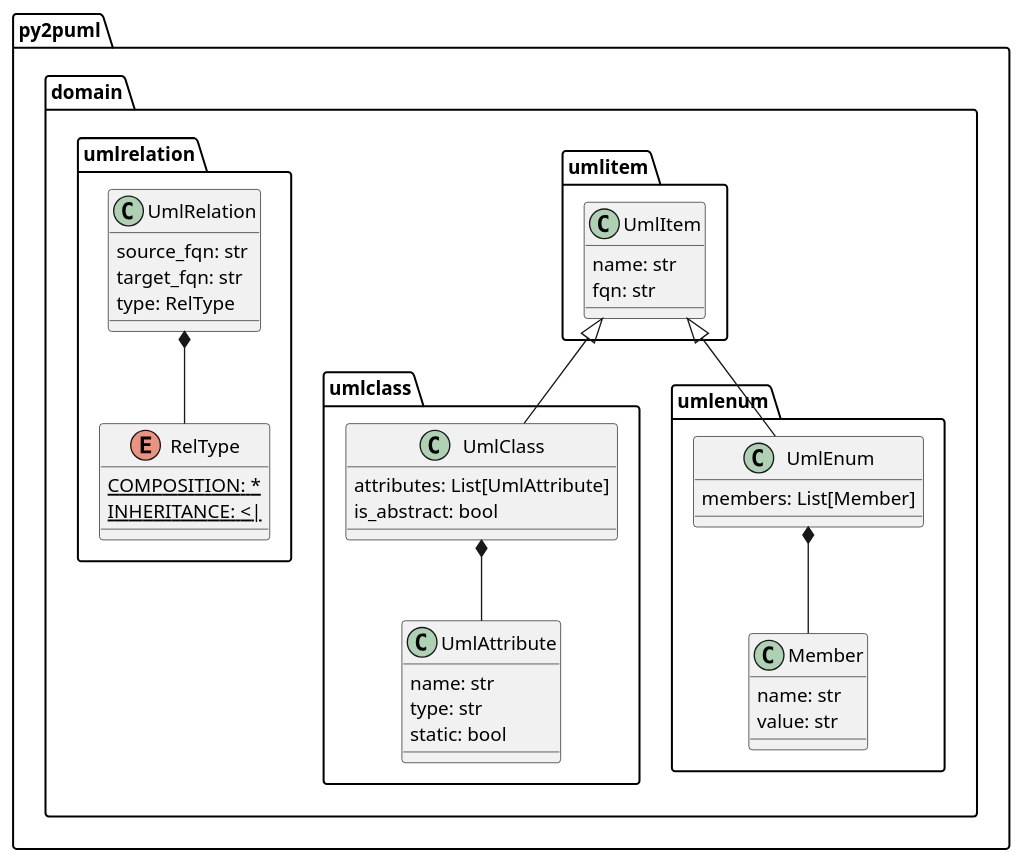
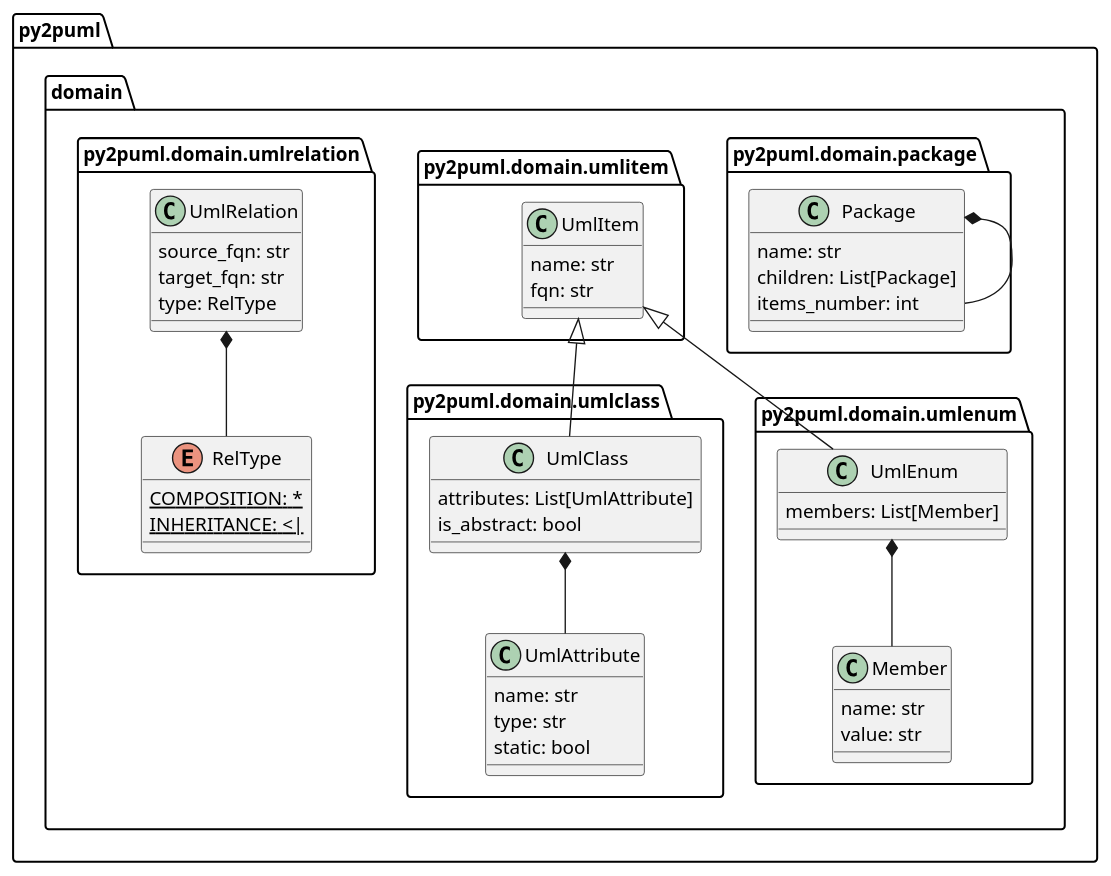
Before and after one commit to lucsorel/py2puml: the diagram in py2puml/py2puml.domain.puml, drawn with PlantUML. The commit also changed 38 other files, not shown here.

```diff
--- a/py2puml/py2puml.domain.puml
+++ b/py2puml/py2puml.domain.puml
@@ -1,36 +1,49 @@
-@startuml
+@startuml py2puml.domain
+namespace py2puml.domain {
+  namespace package {}
+  namespace umlclass {}
+  namespace umlitem {}
+  namespace umlenum {}
+  namespace umlrelation {}
+}
+class py2puml.domain.package.Package {
+  name: str
+  children: List[Package]
+  items_number: int
+}
 class py2puml.domain.umlclass.UmlAttribute {
   name: str
   type: str
   static: bool
 }
 class py2puml.domain.umlclass.UmlClass {
   attributes: List[UmlAttribute]
   is_abstract: bool
 }
 class py2puml.domain.umlitem.UmlItem {
   name: str
   fqn: str
 }
 class py2puml.domain.umlenum.Member {
   name: str
   value: str
 }
 class py2puml.domain.umlenum.UmlEnum {
   members: List[Member]
 }
 enum py2puml.domain.umlrelation.RelType {
   COMPOSITION: * {static}
   INHERITANCE: <| {static}
 }
 class py2puml.domain.umlrelation.UmlRelation {
   source_fqn: str
   target_fqn: str
   type: RelType
 }
+py2puml.domain.package.Package *-- py2puml.domain.package.Package
 py2puml.domain.umlclass.UmlClass *-- py2puml.domain.umlclass.UmlAttribute
 py2puml.domain.umlitem.UmlItem <|-- py2puml.domain.umlclass.UmlClass
 py2puml.domain.umlenum.UmlEnum *-- py2puml.domain.umlenum.Member
 py2puml.domain.umlitem.UmlItem <|-- py2puml.domain.umlenum.UmlEnum
 py2puml.domain.umlrelation.UmlRelation *-- py2puml.domain.umlrelation.RelType
 @enduml
```
